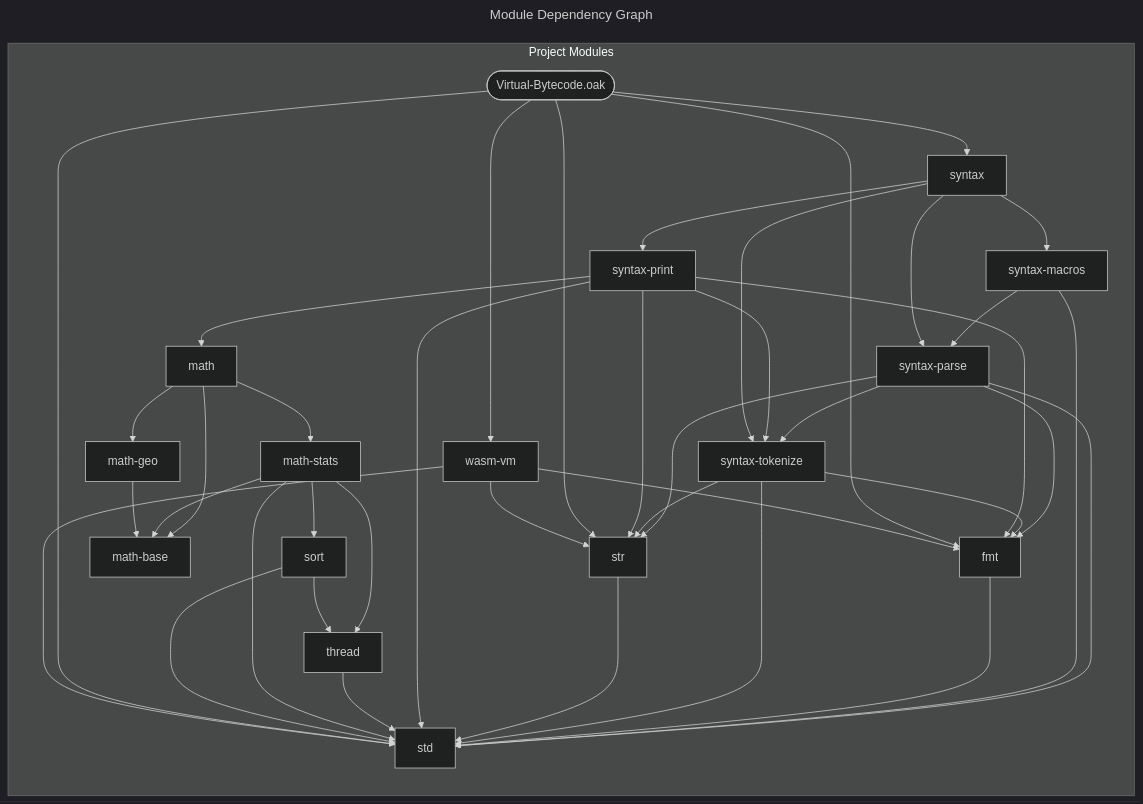
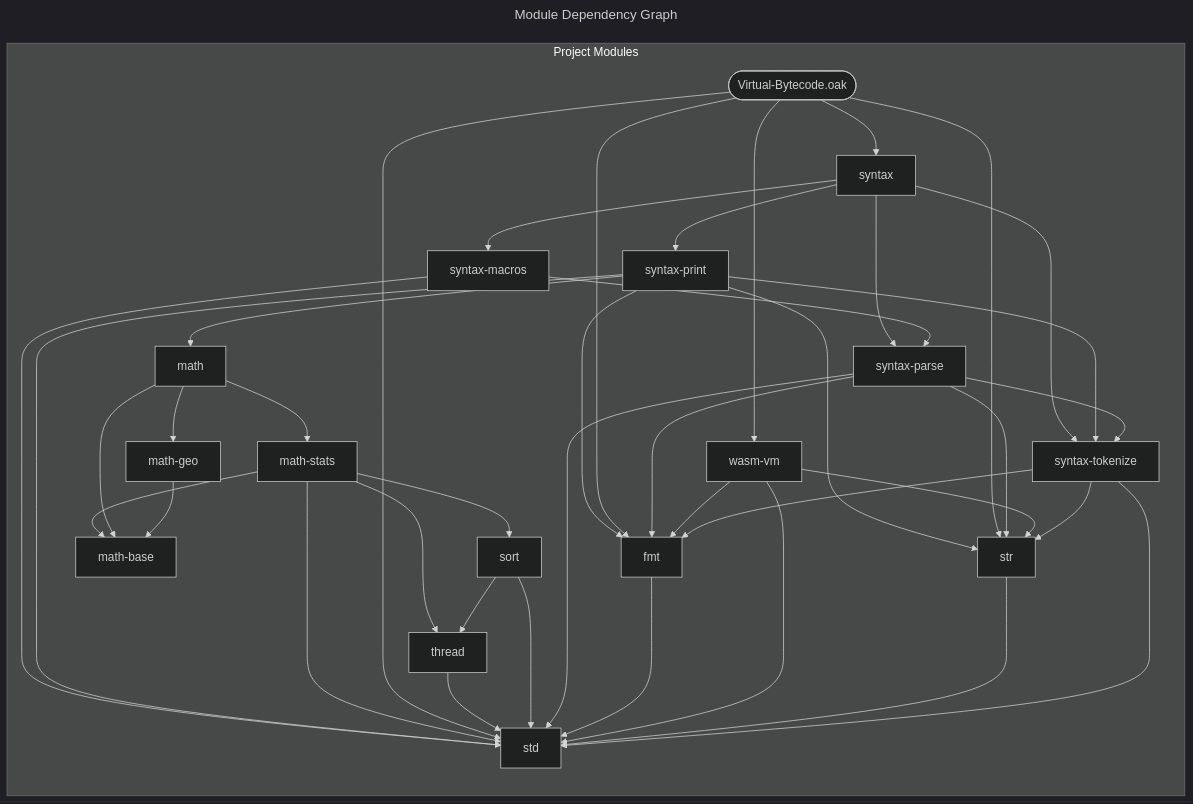
One commit to SpcFORK/magnolia changed the diagram in docs/spec/Virtual-Bytecode.mmd. Above: the diagram before and after it, drawn with Mermaid (dark theme). The commit also changed other lines of this file and 184 other files, not shown here.

```diff
--- a/docs/spec/Virtual-Bytecode.mmd
+++ b/docs/spec/Virtual-Bytecode.mmd
@@ -1,61 +1,61 @@
 ---
 title: Module Dependency Graph
 ---
 flowchart LR
     subgraph project_modules ["Project Modules"]
-        syntax_parse["syntax-parse"]
-        syntax_macros["syntax-macros"]
-        fmt["fmt"]
         syntax_tokenize["syntax-tokenize"]
         str["str"]
+        wasm_vm["wasm-vm"]
+        math_geo["math-geo"]
+        fmt["fmt"]
+        syntax_parse["syntax-parse"]
+        sort["sort"]
+        thread["thread"]
+        lib_Virtual_Bytecode_oak(["Virtual-Bytecode.oak"])
+        std["std"]
         math["math"]
+        math_stats["math-stats"]
         math_base["math-base"]
         syntax_print["syntax-print"]
-        thread["thread"]
-        math_stats["math-stats"]
-        std["std"]
-        sort["sort"]
-        lib_Virtual_Bytecode_oak(["Virtual-Bytecode.oak"])
-        wasm_vm["wasm-vm"]
-        math_geo["math-geo"]
+        syntax_macros["syntax-macros"]
         syntax["syntax"]
     end
+    syntax_tokenize --> std
+    syntax_tokenize --> str
+    syntax_tokenize --> fmt
+    str --> std
+    wasm_vm --> std
+    wasm_vm --> str
+    wasm_vm --> fmt
+    math_geo --> math_base
+    fmt --> std
     syntax_parse --> std
     syntax_parse --> str
     syntax_parse --> fmt
     syntax_parse --> syntax_tokenize
-    syntax_macros --> std
-    syntax_macros --> syntax_parse
-    fmt --> std
-    syntax_tokenize --> std
-    syntax_tokenize --> str
-    syntax_tokenize --> fmt
-    str --> std
+    sort --> std
+    sort --> thread
+    thread --> std
+    lib_Virtual_Bytecode_oak --> std
+    lib_Virtual_Bytecode_oak --> syntax
+    lib_Virtual_Bytecode_oak --> wasm_vm
+    lib_Virtual_Bytecode_oak --> fmt
+    lib_Virtual_Bytecode_oak --> str
     math --> math_base
     math --> math_geo
     math --> math_stats
+    math_stats --> std
+    math_stats --> sort
+    math_stats --> math_base
+    math_stats --> thread
     syntax_print --> std
     syntax_print --> str
     syntax_print --> math
     syntax_print --> fmt
     syntax_print --> syntax_tokenize
-    thread --> std
-    math_stats --> std
-    math_stats --> sort
-    math_stats --> math_base
-    math_stats --> thread
-    sort --> std
-    sort --> thread
-    lib_Virtual_Bytecode_oak --> std
-    lib_Virtual_Bytecode_oak --> syntax
-    lib_Virtual_Bytecode_oak --> wasm_vm
-    lib_Virtual_Bytecode_oak --> fmt
-    lib_Virtual_Bytecode_oak --> str
-    wasm_vm --> std
-    wasm_vm --> str
-    wasm_vm --> fmt
-    math_geo --> math_base
+    syntax_macros --> std
+    syntax_macros --> syntax_parse
     syntax --> syntax_tokenize
     syntax --> syntax_parse
     syntax --> syntax_macros
     syntax --> syntax_print
```
